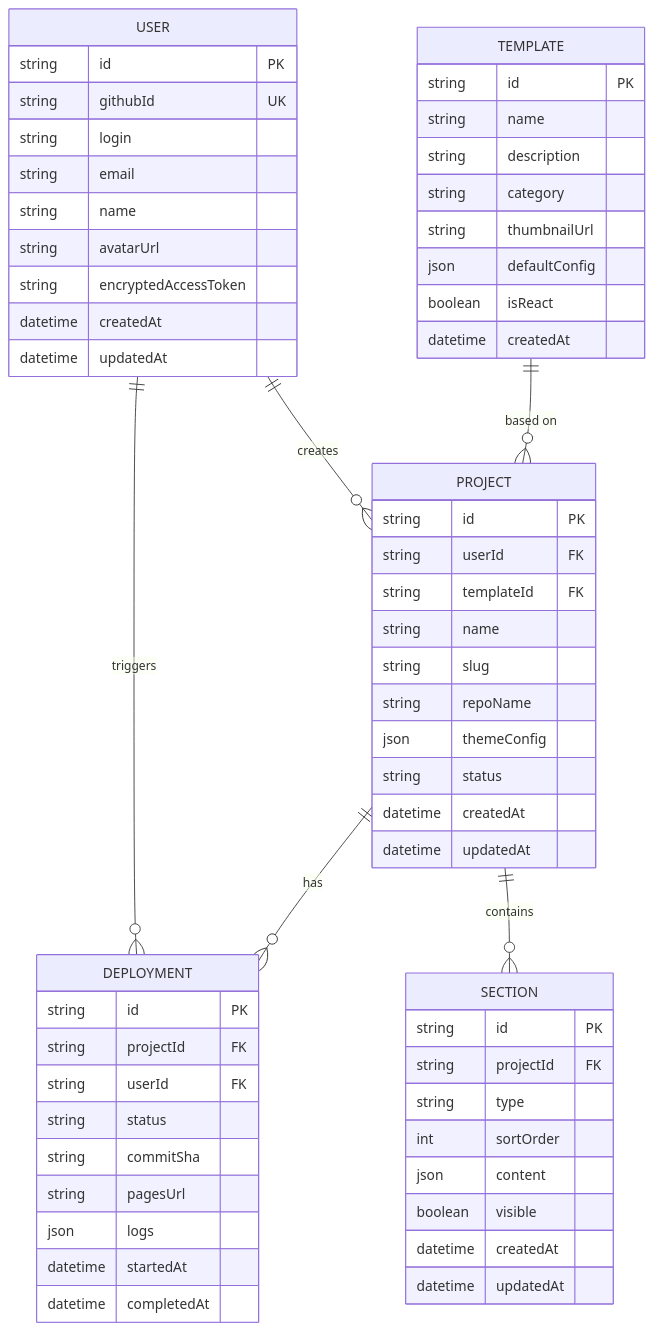
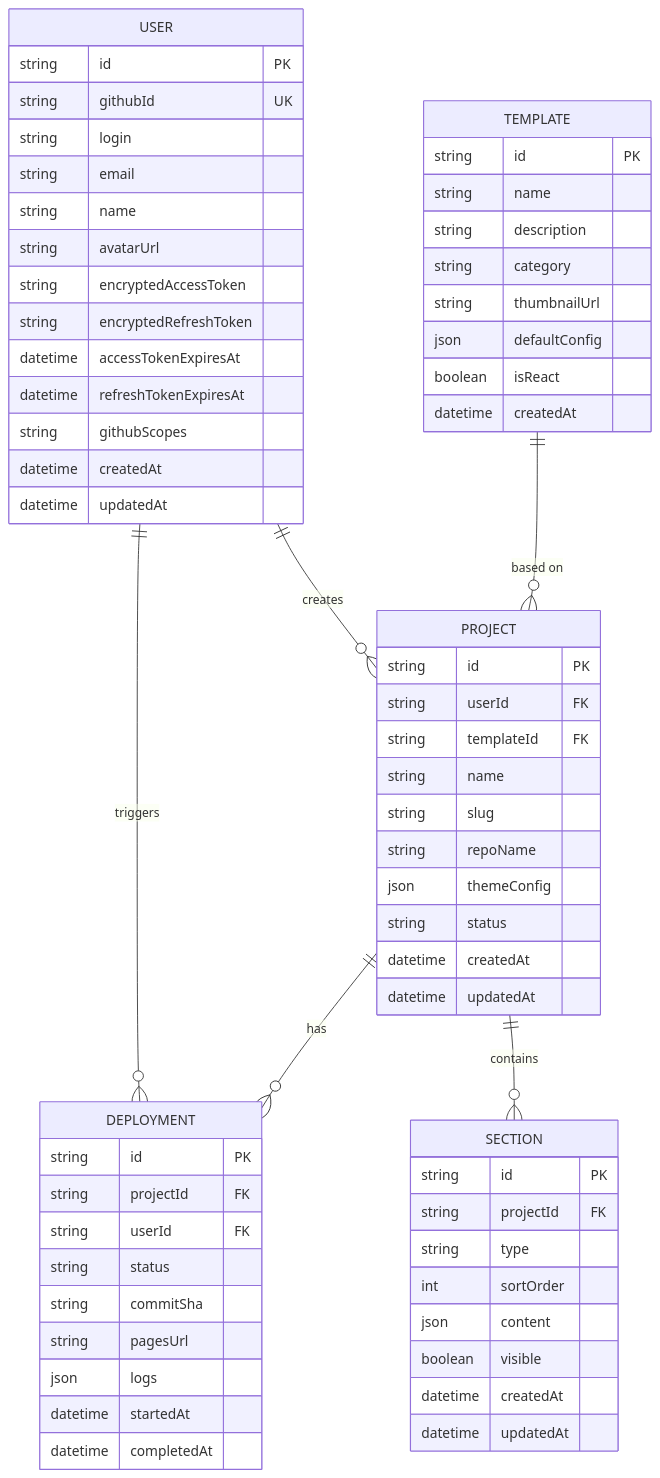
Before and after one commit to Ohtomax/GitFolio: the diagram in ARCHITECTURE.md, drawn with Mermaid. The commit also changed other lines of this file and 24 other files, not shown here.

````diff
--- a/ARCHITECTURE.md
+++ b/ARCHITECTURE.md
@@ -420,67 +422,71 @@
 ```mermaid
 erDiagram
     USER ||--o{ PROJECT : creates
     USER ||--o{ DEPLOYMENT : triggers
     PROJECT ||--o{ DEPLOYMENT : has
     PROJECT ||--o{ SECTION : contains
     TEMPLATE ||--o{ PROJECT : "based on"
 
     USER {
         string id PK
         string githubId UK
         string login
         string email
         string name
         string avatarUrl
         string encryptedAccessToken
+        string encryptedRefreshToken
+        datetime accessTokenExpiresAt
+        datetime refreshTokenExpiresAt
+        string githubScopes
         datetime createdAt
         datetime updatedAt
     }
 
     PROJECT {
         string id PK
         string userId FK
         string templateId FK
         string name
         string slug
         string repoName
         json   themeConfig
         string status
         datetime createdAt
         datetime updatedAt
     }
 
     SECTION {
         string id PK
         string projectId FK
         string type
         int    sortOrder
         json   content
         boolean visible
         datetime createdAt
         datetime updatedAt
     }
 
     TEMPLATE {
         string id PK
         string name
         string description
         string category
         string thumbnailUrl
         json   defaultConfig
         boolean isReact
         datetime createdAt
     }
 
     DEPLOYMENT {
         string id PK
         string projectId FK
         string userId FK
         string status
         string commitSha
         string pagesUrl
         json   logs
         datetime startedAt
         datetime completedAt
     }
 ```
````
